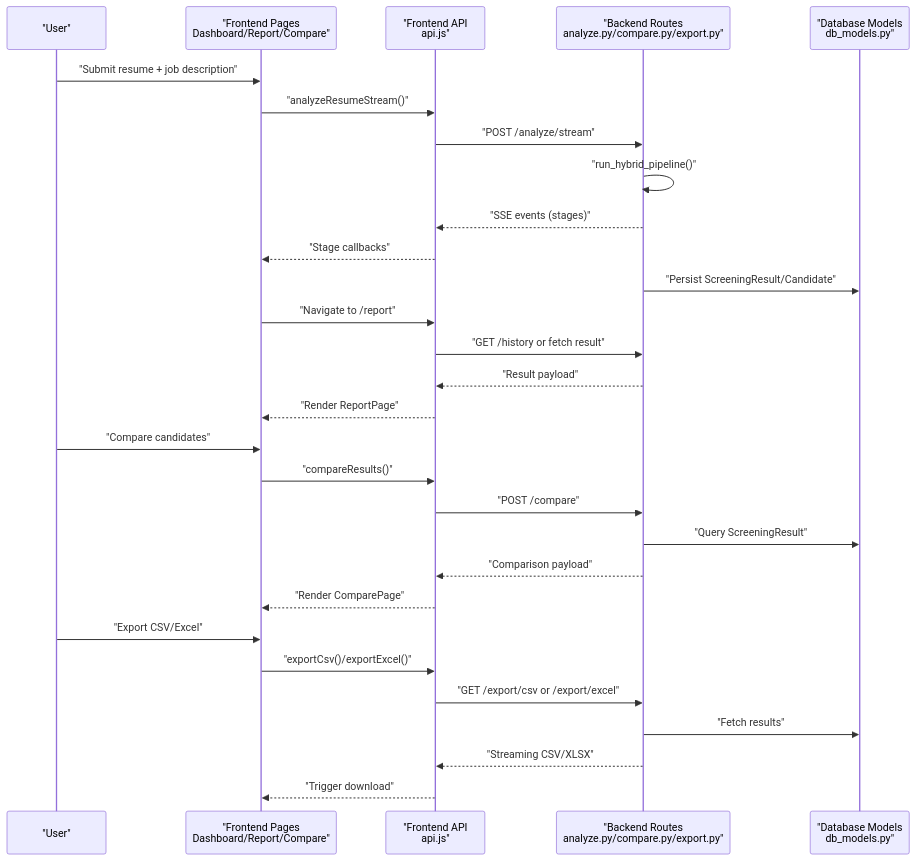
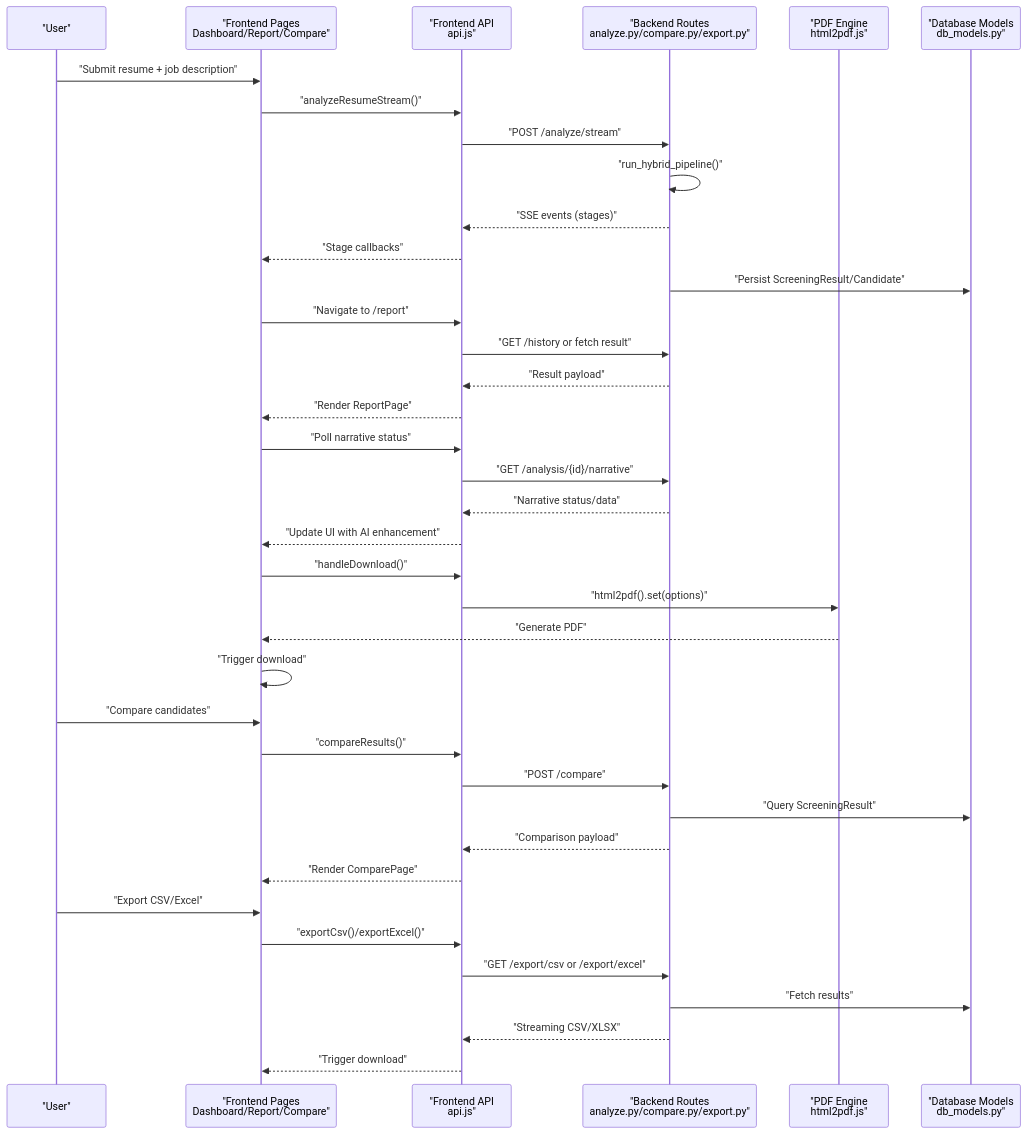
One commit to Revanththetalogics/aireume changed the second of 11 diagrams in .qoder/repowiki/en/content/Reporting & Analytics/Reporting & Analytics.md. Above: the diagram before and after it, drawn with Mermaid. The commit also changed other lines of this file and 20 other files, not shown here.

First line of the commit message:
fix: persist complete report data to analysis_result for Candidates page

````diff
--- a/.qoder/repowiki/en/content/Reporting & Analytics/Reporting & Analytics.md
+++ b/.qoder/repowiki/en/content/Reporting & Analytics/Reporting & Analytics.md
@@ -132,31 +158,40 @@
 ```mermaid
 sequenceDiagram
 participant U as "User"
 participant FE as "Frontend Pages<br/>Dashboard/Report/Compare"
 participant API as "Frontend API<br/>api.js"
 participant BE as "Backend Routes<br/>analyze.py/compare.py/export.py"
+participant PDF as "PDF Engine<br/>html2pdf.js"
 participant DB as "Database Models<br/>db_models.py"
 U->>FE : "Submit resume + job description"
 FE->>API : "analyzeResumeStream()"
 API->>BE : "POST /analyze/stream"
 BE->>BE : "run_hybrid_pipeline()"
 BE-->>API : "SSE events (stages)"
 API-->>FE : "Stage callbacks"
 BE->>DB : "Persist ScreeningResult/Candidate"
 FE->>API : "Navigate to /report"
 API->>BE : "GET /history or fetch result"
 BE-->>API : "Result payload"
 API-->>FE : "Render ReportPage"
+FE->>API : "Poll narrative status"
+API->>BE : "GET /analysis/{id}/narrative"
+BE-->>API : "Narrative status/data"
+API-->>FE : "Update UI with AI enhancement"
+FE->>API : "handleDownload()"
+API->>PDF : "html2pdf().set(options)"
+PDF-->>FE : "Generate PDF"
+FE->>FE : "Trigger download"
 U->>FE : "Compare candidates"
 FE->>API : "compareResults()"
 API->>BE : "POST /compare"
 BE->>DB : "Query ScreeningResult"
 BE-->>API : "Comparison payload"
 API-->>FE : "Render ComparePage"
 U->>FE : "Export CSV/Excel"
 FE->>API : "exportCsv()/exportExcel()"
 API->>BE : "GET /export/csv or /export/excel"
 BE->>DB : "Fetch results"
 BE-->>API : "Streaming CSV/XLSX"
 API-->>FE : "Trigger download"
 ```
````
